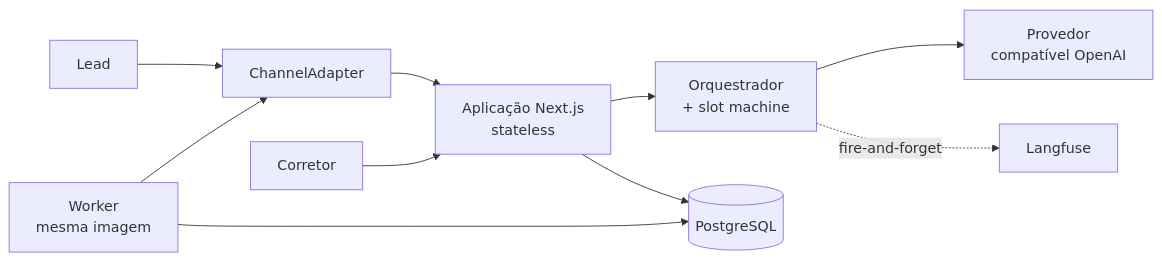
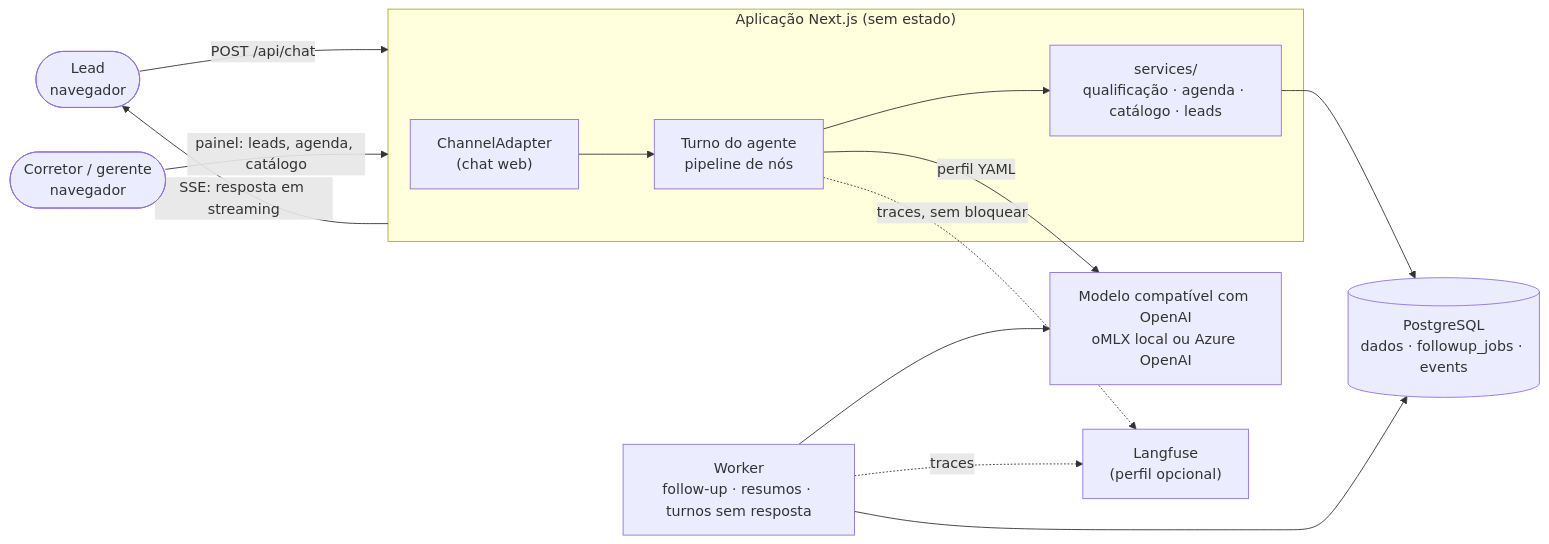
The first of 2 diagrams in README.md (leanseefeld/8iadt-tc-fase5-agente-sdr-imobiliario), drawn with Mermaid before and after one commit. The commit also changed other lines of this file, not shown here.

Commit message:
docs(readme): rewrite for delivery — evaluation guide, architecture, AI, evals, differentiators (WIP: samples and screenshots pending)

````diff
--- a/README.md
+++ b/README.md
@@ -41,12 +75,20 @@
 ```mermaid
 flowchart LR
-    lead["Lead"] --> adapter["ChannelAdapter"]
-    adapter --> app["Aplicação Next.js<br/>stateless"]
-    app --> orq["Orquestrador<br/>+ slot machine"]
-    orq --> llm["Provedor<br/>compatível OpenAI"]
-    orq -.->|fire-and-forget| lf["Langfuse"]
-    app --> pg[("PostgreSQL")]
-    worker["Worker<br/>mesma imagem"] --> pg
-    worker --> adapter
-    corretor["Corretor"] --> app
+    lead(["Lead<br/>navegador"]) -->|"POST /api/chat"| app
+    app -->|"SSE: resposta em streaming"| lead
+    corretor(["Corretor / gerente<br/>navegador"]) -->|"painel: leads, agenda, catálogo"| app
+
+    subgraph app["Aplicação Next.js (sem estado)"]
+        canal["ChannelAdapter<br/>(chat web)"] --> turno["Turno do agente<br/>pipeline de nós"]
+        turno --> servicos["services/<br/>qualificação · agenda · catálogo · leads"]
+    end
+
+    turno -->|"perfil YAML"| modelo["Modelo compatível com OpenAI<br/>oMLX local ou Azure OpenAI"]
+    servicos --> pg[("PostgreSQL<br/>dados · followup_jobs · events")]
+
+    worker["Worker<br/>follow-up · resumos · turnos sem resposta"] --> pg
+    worker --> modelo
+
+    turno -. "traces, sem bloquear" .-> lf["Langfuse<br/>(perfil opcional)"]
+    worker -. "traces" .-> lf
 ```
````
